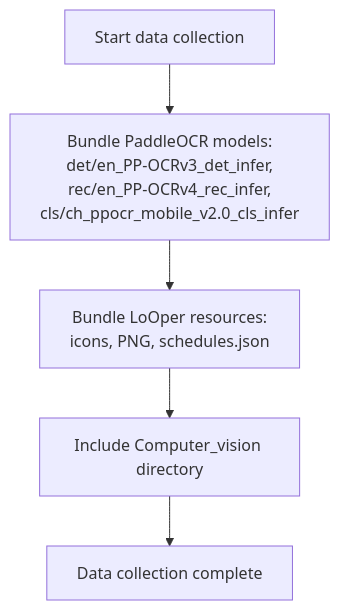
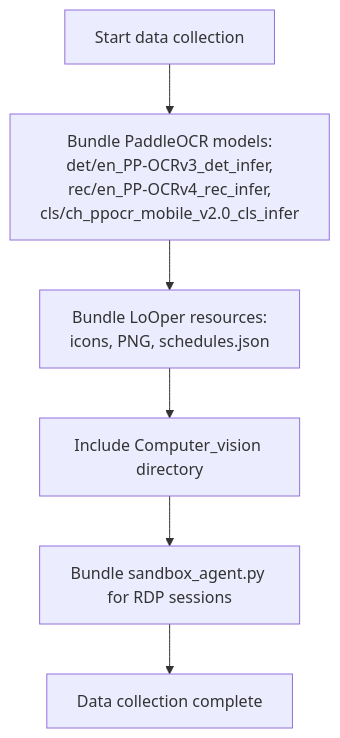
Before and after one commit to RodrigoBenitez343/Arrow: the seventh of 12 diagrams in .qoder/repowiki/en/content/Packaging and Distribution/PyInstaller Configuration.md, drawn with Mermaid. The commit also changed other lines of this file and 53 other files, not shown here.

````diff
--- a/.qoder/repowiki/en/content/Packaging and Distribution/PyInstaller Configuration.md
+++ b/.qoder/repowiki/en/content/Packaging and Distribution/PyInstaller Configuration.md
@@ -217,7 +239,8 @@
 ```mermaid
 flowchart TD
 StartDC["Start data collection"] --> Paddle["Bundle PaddleOCR models:<br/>det/en_PP-OCRv3_det_infer,<br/>rec/en_PP-OCRv4_rec_infer,<br/>cls/ch_ppocr_mobile_v2.0_cls_infer"]
 Paddle --> Res["Bundle LoOper resources:<br/>icons, PNG, schedules.json"]
 Res --> CVDir["Include Computer_vision directory"]
-CVDir --> EndDC["Data collection complete"]
+CVDir --> Sandbox["Bundle sandbox_agent.py for RDP sessions"]
+Sandbox --> EndDC["Data collection complete"]
 ```
````
